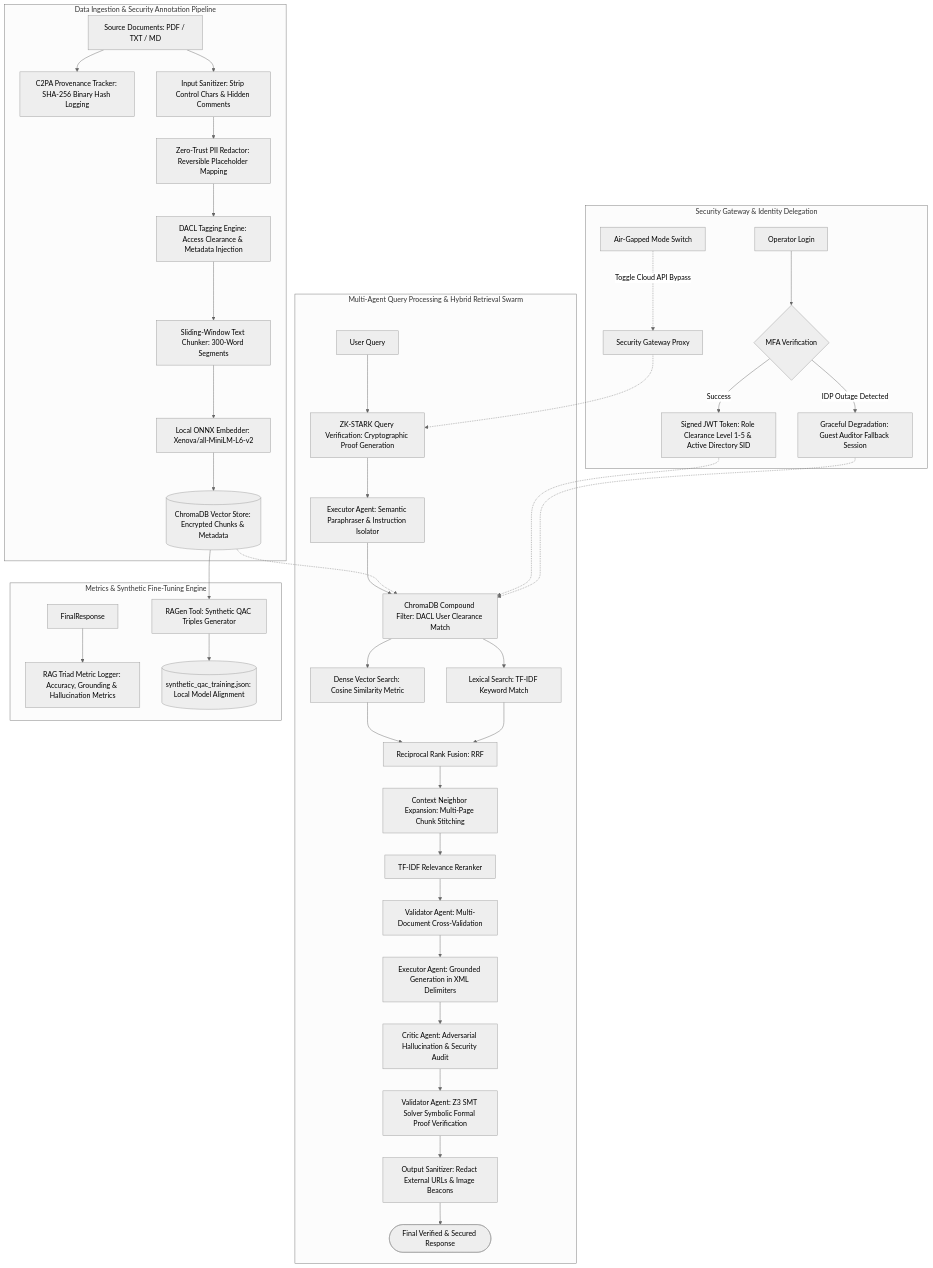
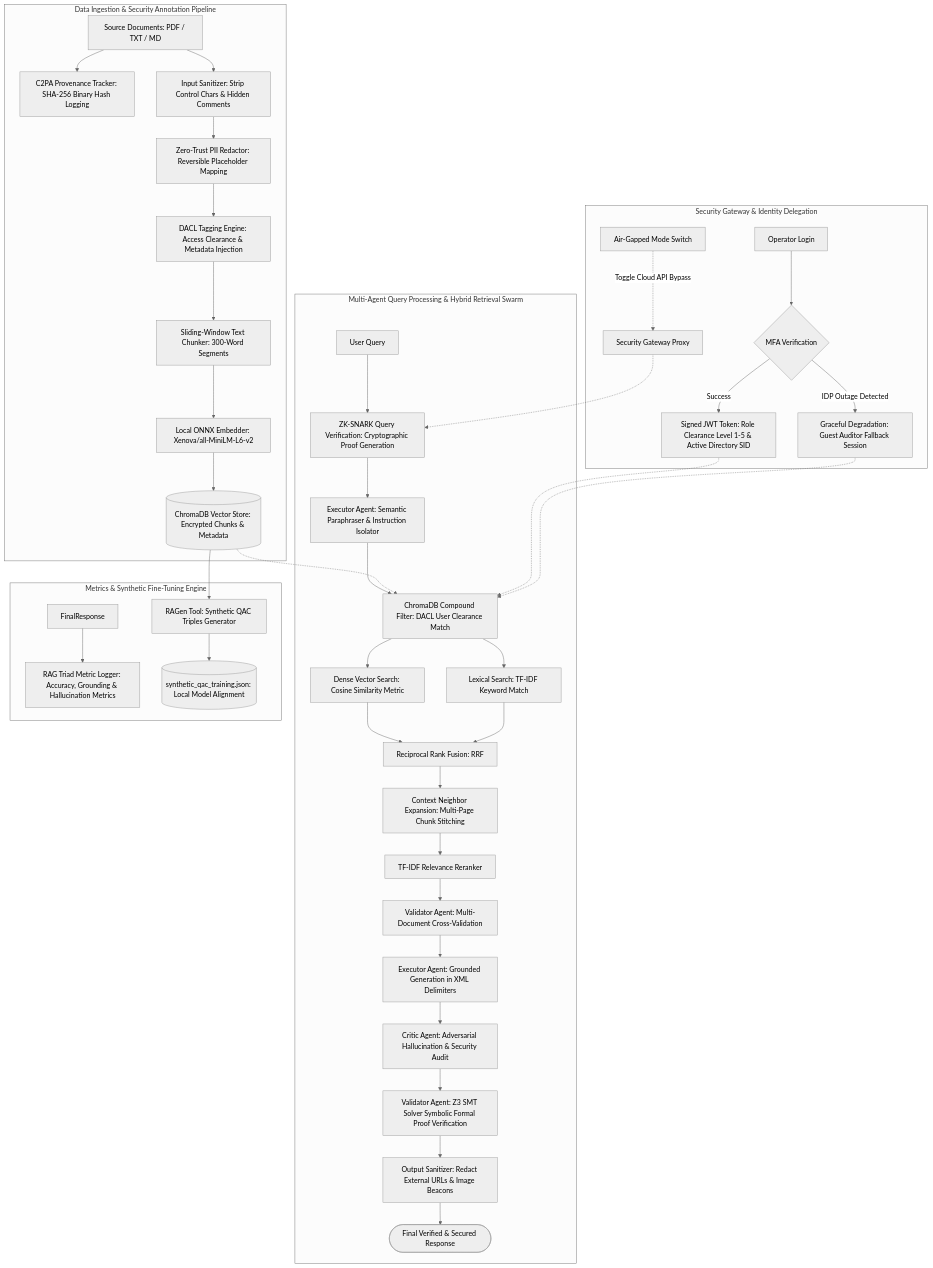
One commit to arnab9957/RAG-ISRO changed the diagram in IRSARGO_Full_Thesis.md. Above: the diagram before and after it, drawn with Mermaid (neutral theme). The commit also changed other lines of this file and 8 other files, not shown here.

Commit message:
feat: implement RAG multi-agent pipeline with ChatOps webhook, ZK-SNARK verification, and formal SMT constraint solving.

````diff
--- a/IRSARGO_Full_Thesis.md
+++ b/IRSARGO_Full_Thesis.md
@@ -603,58 +595,58 @@
 ```mermaid
 graph TD
     %% Subsystem 1: Offline Data Ingestion & Zero-Trust Annotation Pipeline
     subgraph Data Ingestion & Security Annotation Pipeline
         Doc[Source Documents: PDF / TXT / MD] --> C2PA[C2PA Provenance Tracker: SHA-256 Binary Hash Logging]
         Doc --> InputSanitizer[Input Sanitizer: Strip Control Chars & Hidden Comments]
         InputSanitizer --> PIIRedact[Zero-Trust PII Redactor: Reversible Placeholder Mapping]
         PIIRedact --> DACLTagging[DACL Tagging Engine: Access Clearance & Metadata Injection]
         DACLTagging --> Chunking[Sliding-Window Text Chunker: 300-Word Segments]
         Chunking --> Embedder[Local ONNX Embedder: Xenova/all-MiniLM-L6-v2]
         Embedder --> VectorDB[(ChromaDB Vector Store: Encrypted Chunks & Metadata)]
     end
 
     %% Subsystem 2: Zero-Trust Security Gateway & Auth Delegation
     subgraph Security Gateway & Identity Delegation
         User[Operator Login] --> MFA{MFA Verification}
         MFA -->|Success| JWT[Signed JWT Token: Role Clearance Level 1-5 & Active Directory SID]
         MFA -->|IDP Outage Detected| Fallback[Graceful Degradation: Guest Auditor Fallback Session]
         AirGapToggle[Air-Gapped Mode Switch] -.->|Toggle Cloud API Bypass| SecGateway[Security Gateway Proxy]
     end
 
     %% Subsystem 3: Multi-Agent Query Processing Swarm & Hybrid Retrieval
     subgraph Multi-Agent Query Processing & Hybrid Retrieval Swarm
-        QueryInput[User Query] --> ZKProof[ZK-STARK Query Verification: Cryptographic Proof Generation]
+        QueryInput[User Query] --> ZKProof[ZK-SNARK Query Verification: Cryptographic Proof Generation]
         ZKProof --> Paraphraser[Executor Agent: Semantic Paraphraser & Instruction Isolator]
         Paraphraser --> DACLFilter[ChromaDB Compound Filter: DACL User Clearance Match]
 
         %% Parallel Hybrid Retrieval
         DACLFilter --> DenseSearch[Dense Vector Search: Cosine Similarity Metric]
         DACLFilter --> LexicalSearch[Lexical Search: TF-IDF Keyword Match]
         DenseSearch --> RRF[Reciprocal Rank Fusion: RRF]
         LexicalSearch --> RRF
 
         RRF --> ContextExpand[Context Neighbor Expansion: Multi-Page Chunk Stitching]
         ContextExpand --> TFIDFRerank[TF-IDF Relevance Reranker]
 
         %% Swarm Evaluation & Formal Verification
         TFIDFRerank --> CrossVal[Validator Agent: Multi-Document Cross-Validation]
         CrossVal --> PeirceLNN[Executor Agent: Grounded Generation in XML Delimiters]
         PeirceLNN --> Critic[Critic Agent: Adversarial Hallucination & Security Audit]
         Critic --> Z3SMT[Validator Agent: Z3 SMT Solver Symbolic Formal Proof Verification]
         Z3SMT --> AntiExfil[Output Sanitizer: Redact External URLs & Image Beacons]
         AntiExfil --> SecureResponse([Final Verified & Secured Response])
     end
 
     %% Subsystem 4: RAG Triad Metrics & Synthetic Fine-Tuning
     subgraph Metrics & Synthetic Fine-Tuning Engine
         FinalResponse --> MetricLogger[RAG Triad Metric Logger: Accuracy, Grounding & Hallucination Metrics]
         VectorDB --> RAGen[RAGen Tool: Synthetic QAC Triples Generator]
         RAGen --> SyntheticDataset[(synthetic_qac_training.json: Local Model Alignment)]
     end
 
     %% Cross-Subsystem Interconnections
     VectorDB -.-> DACLFilter
     JWT -.-> DACLFilter
     Fallback -.-> DACLFilter
     SecGateway -.-> ZKProof
 ```
````
